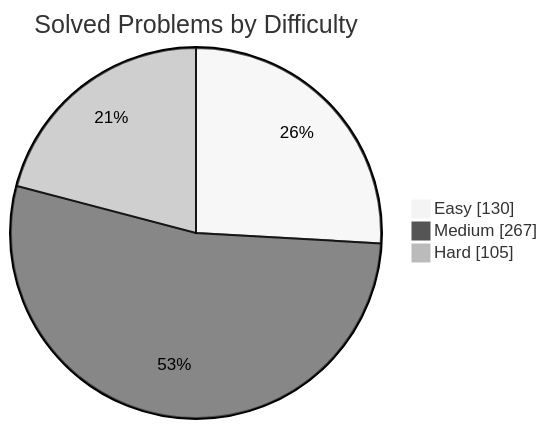
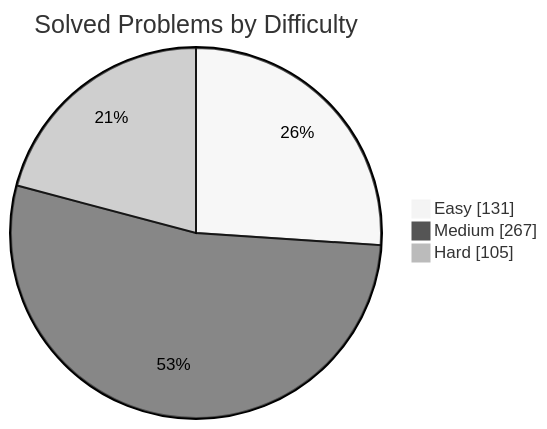
Before and after one commit to manikantbindass/DSA-Preparation-FAANG: the first of 2 diagrams in README.md, drawn with Mermaid (neutral theme). The commit also changed other lines of this file and 1 other file, not shown here.

````diff
--- a/README.md
+++ b/README.md
@@ -79,7 +79,7 @@
 ```mermaid
 pie showData
     title Solved Problems by Difficulty
-    "Easy" : 130
+    "Easy" : 131
     "Medium" : 267
     "Hard" : 105
 ```
````
